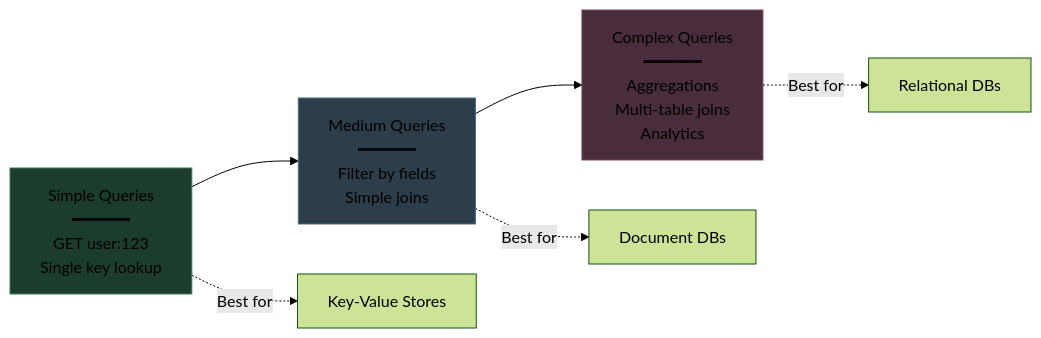
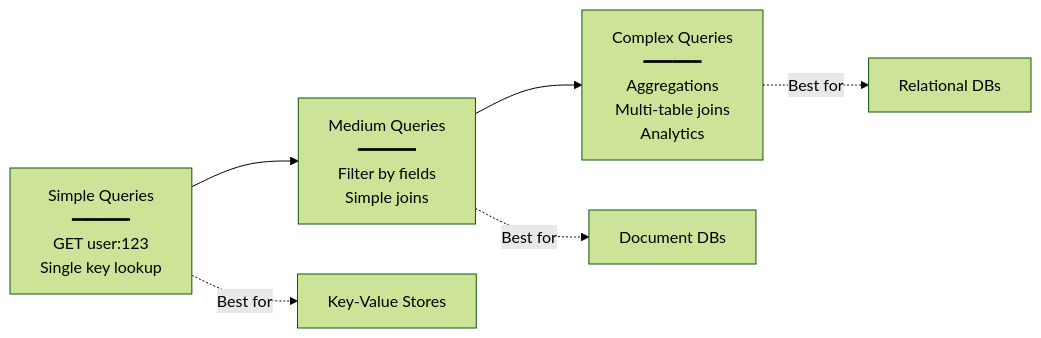
One commit to Yash-Kavaiya/The-System-Design-Masterclass changed the tenth of 21 diagrams in system design beginner/10. Picking the right database.md. Above: the diagram before and after it, drawn with Mermaid (forest theme). The commit also changed other lines of this file, not shown here.

````diff
--- a/system design beginner/10. Picking the right database.md
+++ b/system design beginner/10. Picking the right database.md
@@ -375,18 +336,15 @@
 ```mermaid
 graph LR
     SIMPLE[Simple Queries<br/>━━━━━━<br/>GET user:123<br/>Single key lookup]
     
     MEDIUM[Medium Queries<br/>━━━━━━<br/>Filter by fields<br/>Simple joins]
     
     COMPLEX[Complex Queries<br/>━━━━━━<br/>Aggregations<br/>Multi-table joins<br/>Analytics]
     
     SIMPLE --> MEDIUM --> COMPLEX
     
     SIMPLE -.->|Best for| KV[Key-Value Stores]
     MEDIUM -.->|Best for| DOC[Document DBs]
     COMPLEX -.->|Best for| REL[Relational DBs]
     
-    style SIMPLE fill:#1c3d2d,stroke:#3c7c5c
-    style MEDIUM fill:#2d3d4a,stroke:#4a6d7c
-    style COMPLEX fill:#4a2d3c,stroke:#7c4a5c
 ```
````
